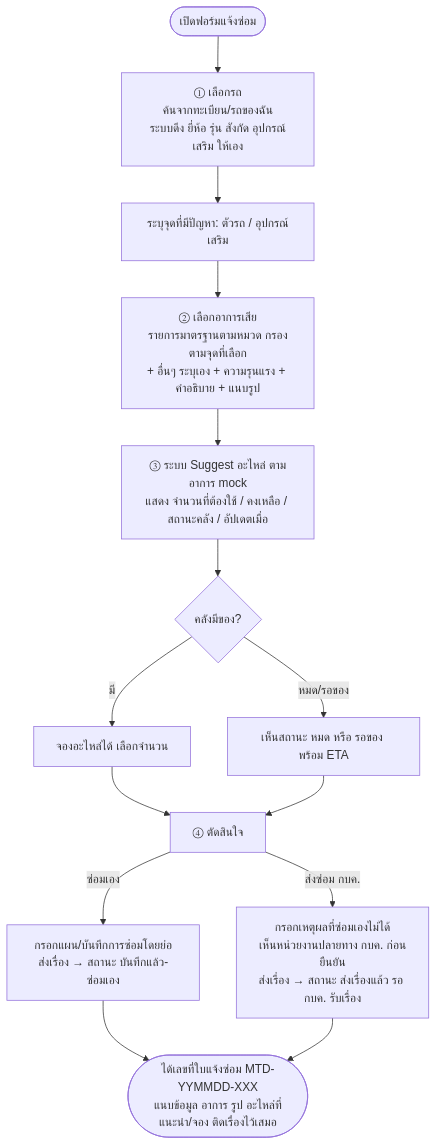
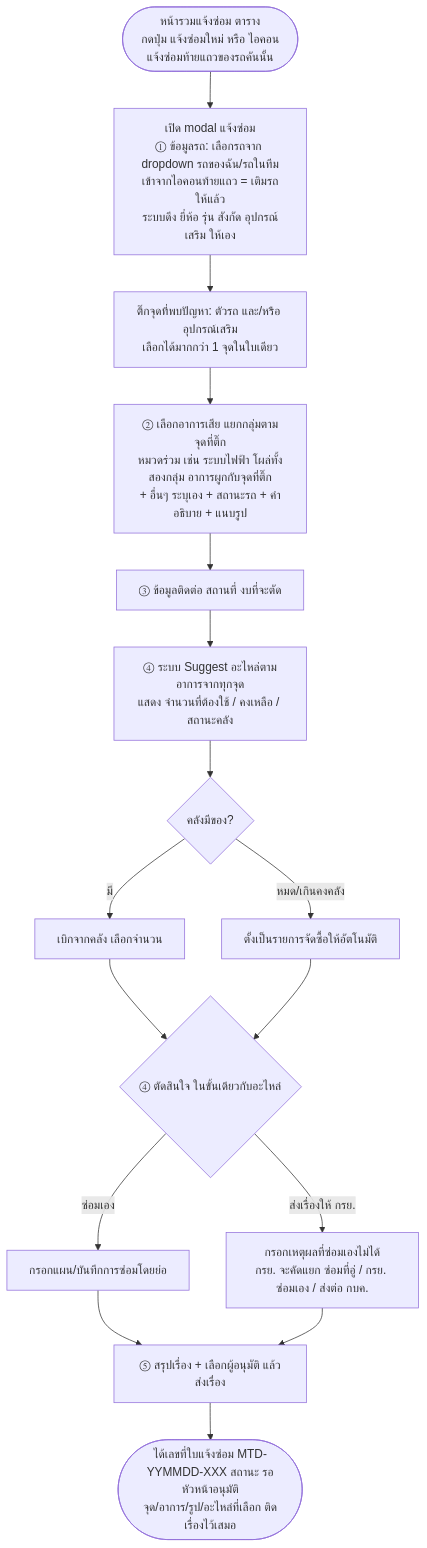
Before and after one commit to anugmail/Maintenance-Request-Form: the diagram in Diagram/02-แจ้งซ่อม-กบค/02-ฟอร์มแจ้งซ่อม.md, drawn with Mermaid. The commit also changed other lines of this file and 36 other files, not shown here.

````diff
--- a/Diagram/02-แจ้งซ่อม-กบค/02-ฟอร์มแจ้งซ่อม.md
+++ b/Diagram/02-แจ้งซ่อม-กบค/02-ฟอร์มแจ้งซ่อม.md
@@ -5,16 +9,18 @@
 ```mermaid
 flowchart TD
-    A([เปิดฟอร์มแจ้งซ่อม]) --> B[① เลือกรถ<br/>ค้นจากทะเบียน/รถของฉัน<br/>ระบบดึง ยี่ห้อ รุ่น สังกัด อุปกรณ์เสริม ให้เอง]
-    B --> B2[ระบุจุดที่มีปัญหา: ตัวรถ / อุปกรณ์เสริม]
-    B2 --> C[② เลือกอาการเสีย<br/>รายการมาตรฐานตามหมวด กรองตามจุดที่เลือก<br/>+ อื่นๆ ระบุเอง + ความรุนแรง + คำอธิบาย + แนบรูป]
-    C --> D[③ ระบบ Suggest อะไหล่ ตามอาการ mock<br/>แสดง จำนวนที่ต้องใช้ / คงเหลือ / สถานะคลัง / อัปเดตเมื่อ]
+    A([หน้ารวมแจ้งซ่อม ตาราง<br/>กดปุ่ม แจ้งซ่อมใหม่ หรือ ไอคอนแจ้งซ่อมท้ายแถวของรถคันนั้น]) --> B[เปิด modal แจ้งซ่อม<br/>① ข้อมูลรถ: เลือกรถจาก dropdown รถของฉัน/รถในทีม<br/>เข้าจากไอคอนท้ายแถว = เติมรถให้แล้ว<br/>ระบบดึง ยี่ห้อ รุ่น สังกัด อุปกรณ์เสริม ให้เอง]
+    B --> B2[ติ๊กจุดที่พบปัญหา: ตัวรถ และ/หรือ อุปกรณ์เสริม<br/>เลือกได้มากกว่า 1 จุดในใบเดียว]
+    B2 --> C[② เลือกอาการเสีย แยกกลุ่มตามจุดที่ติ๊ก<br/>หมวดร่วม เช่น ระบบไฟฟ้า โผล่ทั้งสองกลุ่ม อาการผูกกับจุดที่ติ๊ก<br/>+ อื่นๆ ระบุเอง + สถานะรถ + คำอธิบาย + แนบรูป]
+    C --> I[③ ข้อมูลติดต่อ สถานที่ งบที่จะตัด]
+    I --> D[④ ระบบ Suggest อะไหล่ตามอาการจากทุกจุด<br/>แสดง จำนวนที่ต้องใช้ / คงเหลือ / สถานะคลัง]
     D --> D2{คลังมีของ?}
-    D2 -- มี --> D3[จองอะไหล่ได้ เลือกจำนวน]
-    D2 -- หมด/รอของ --> D4[เห็นสถานะ หมด หรือ รอของ พร้อม ETA]
+    D2 -- มี --> D3[เบิกจากคลัง เลือกจำนวน]
+    D2 -- หมด/เกินคงคลัง --> D4[ตั้งเป็นรายการจัดซื้อให้อัตโนมัติ]
     D3 --> E
-    D4 --> E[④ ตัดสินใจ]
-    E -- ซ่อมเอง --> F[กรอกแผน/บันทึกการซ่อมโดยย่อ<br/>ส่งเรื่อง → สถานะ บันทึกแล้ว-ซ่อมเอง]
-    E -- ส่งซ่อม กบค. --> G[กรอกเหตุผลที่ซ่อมเองไม่ได้<br/>เห็นหน่วยงานปลายทาง กบค. ก่อนยืนยัน<br/>ส่งเรื่อง → สถานะ ส่งเรื่องแล้ว รอ กบค. รับเรื่อง]
-    F --> H([ได้เลขที่ใบแจ้งซ่อม MTD-YYMMDD-XXX<br/>แนบข้อมูล อาการ รูป อะไหล่ที่แนะนำ/จอง ติดเรื่องไว้เสมอ])
-    G --> H
+    D4 --> E{④ ตัดสินใจ ในขั้นเดียวกับอะไหล่}
+    E -- ซ่อมเอง --> F[กรอกแผน/บันทึกการซ่อมโดยย่อ]
+    E -- ส่งเรื่องให้ กรย. --> G[กรอกเหตุผลที่ซ่อมเองไม่ได้<br/>กรย. จะคัดแยก ซ่อมที่อู่ / กรย. ซ่อมเอง / ส่งต่อ กบค.]
+    F --> S[⑤ สรุปเรื่อง + เลือกผู้อนุมัติ แล้วส่งเรื่อง]
+    G --> S
+    S --> H([ได้เลขที่ใบแจ้งซ่อม MTD-YYMMDD-XXX สถานะ รอหัวหน้าอนุมัติ<br/>จุด/อาการ/รูป/อะไหล่ที่เลือก ติดเรื่องไว้เสมอ])
 ```
````
